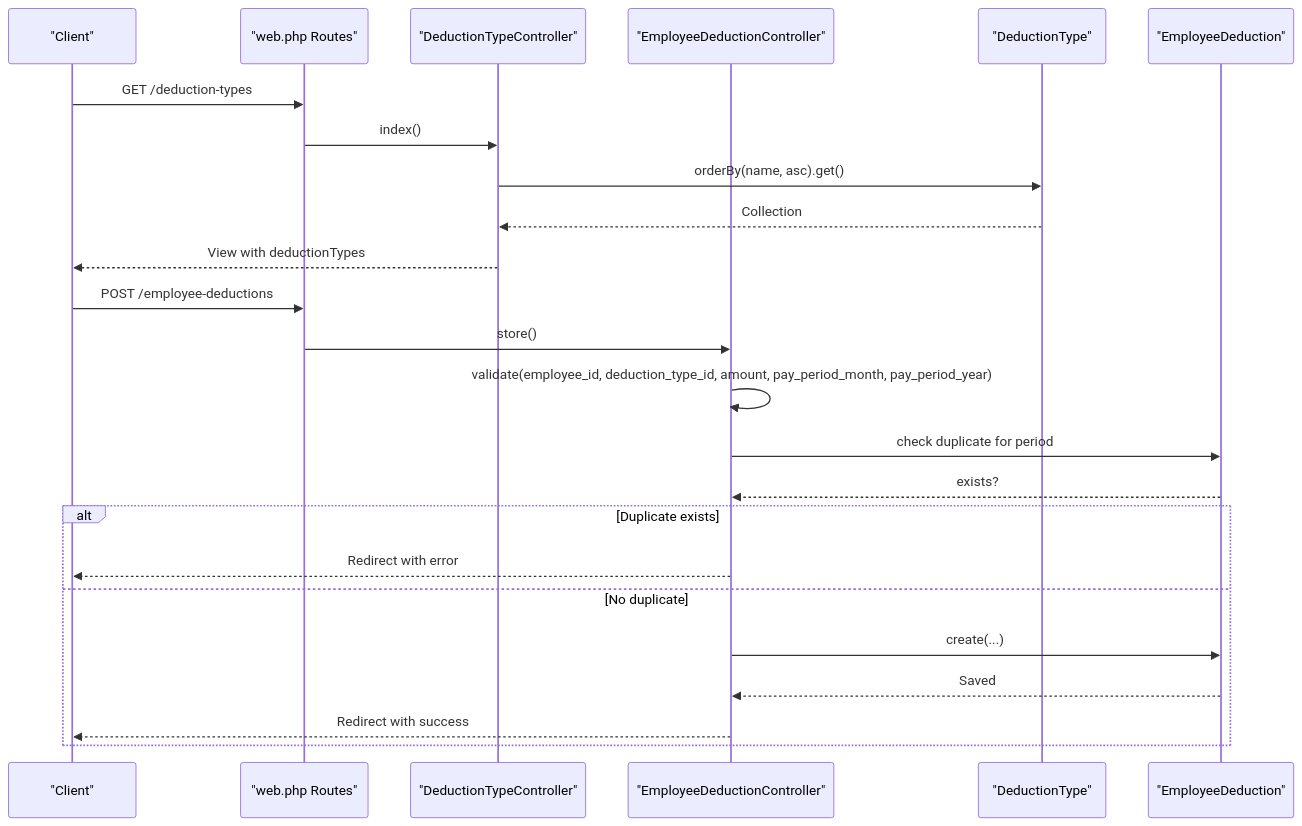
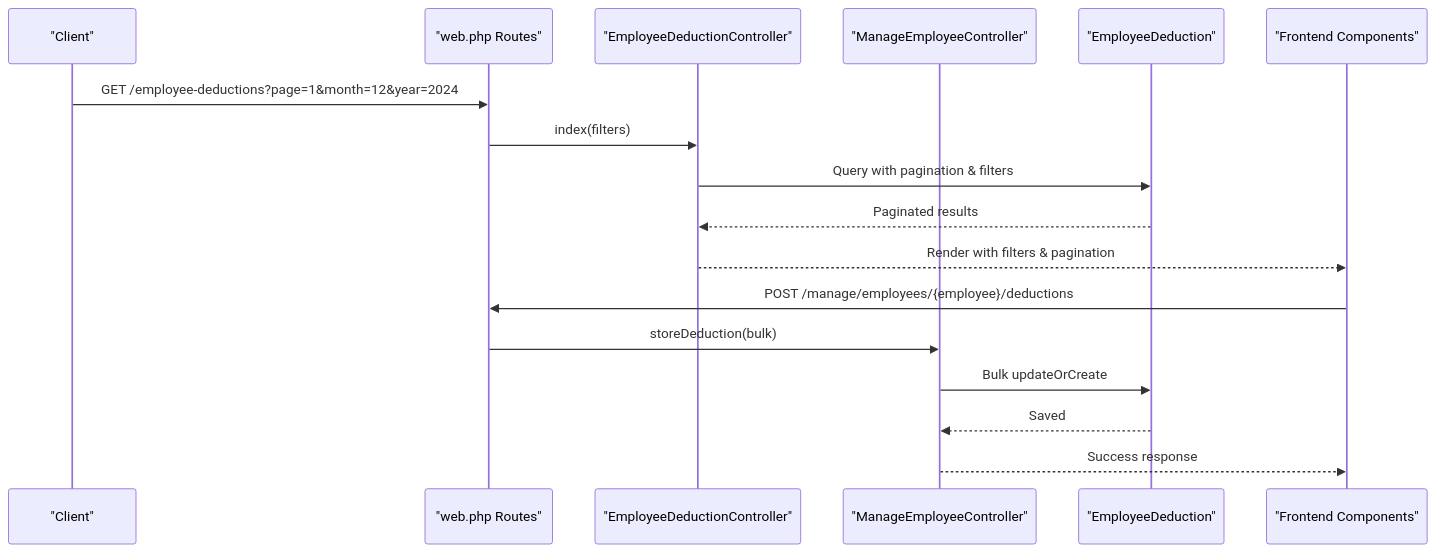
Before and after one commit to vincet0t15/template: the second of 4 diagrams in .qoder/repowiki/en/content/API Documentation/Deduction Management API/Deduction Management API.md, drawn with Mermaid. The commit also changed other lines of this file and 3 other files, not shown here.

````diff
--- a/.qoder/repowiki/en/content/API Documentation/Deduction Management API/Deduction Management API.md
+++ b/.qoder/repowiki/en/content/API Documentation/Deduction Management API/Deduction Management API.md
@@ -97,26 +130,19 @@
 ```mermaid
 sequenceDiagram
 participant Client as "Client"
 participant Routes as "web.php Routes"
-participant CtrlDT as "DeductionTypeController"
 participant CtrlED as "EmployeeDeductionController"
-participant ModelDT as "DeductionType"
+participant CtrlMEM as "ManageEmployeeController"
 participant ModelED as "EmployeeDeduction"
-Client->>Routes : GET /deduction-types
-Routes->>CtrlDT : index()
-CtrlDT->>ModelDT : orderBy(name, asc).get()
-ModelDT-->>CtrlDT : Collection
-CtrlDT-->>Client : View with deductionTypes
-Client->>Routes : POST /employee-deductions
-Routes->>CtrlED : store()
-CtrlED->>CtrlED : validate(employee_id, deduction_type_id, amount, pay_period_month, pay_period_year)
-CtrlED->>ModelED : check duplicate for period
-ModelED-->>CtrlED : exists?
-alt Duplicate exists
-CtrlED-->>Client : Redirect with error
-else No duplicate
-CtrlED->>ModelED : create(...)
-ModelED-->>CtrlED : Saved
-CtrlED-->>Client : Redirect with success
-end
+participant Frontend as "Frontend Components"
+Client->>Routes : GET /employee-deductions?page=1&month=12&year=2024
+Routes->>CtrlED : index(filters)
+CtrlED->>ModelED : Query with pagination & filters
+ModelED-->>CtrlED : Paginated results
+CtrlED-->>Frontend : Render with filters & pagination
+Frontend->>Routes : POST /manage/employees/{employee}/deductions
+Routes->>CtrlMEM : storeDeduction(bulk)
+CtrlMEM->>ModelED : Bulk updateOrCreate
+ModelED-->>CtrlMEM : Saved
+CtrlMEM-->>Frontend : Success response
 ```
````
